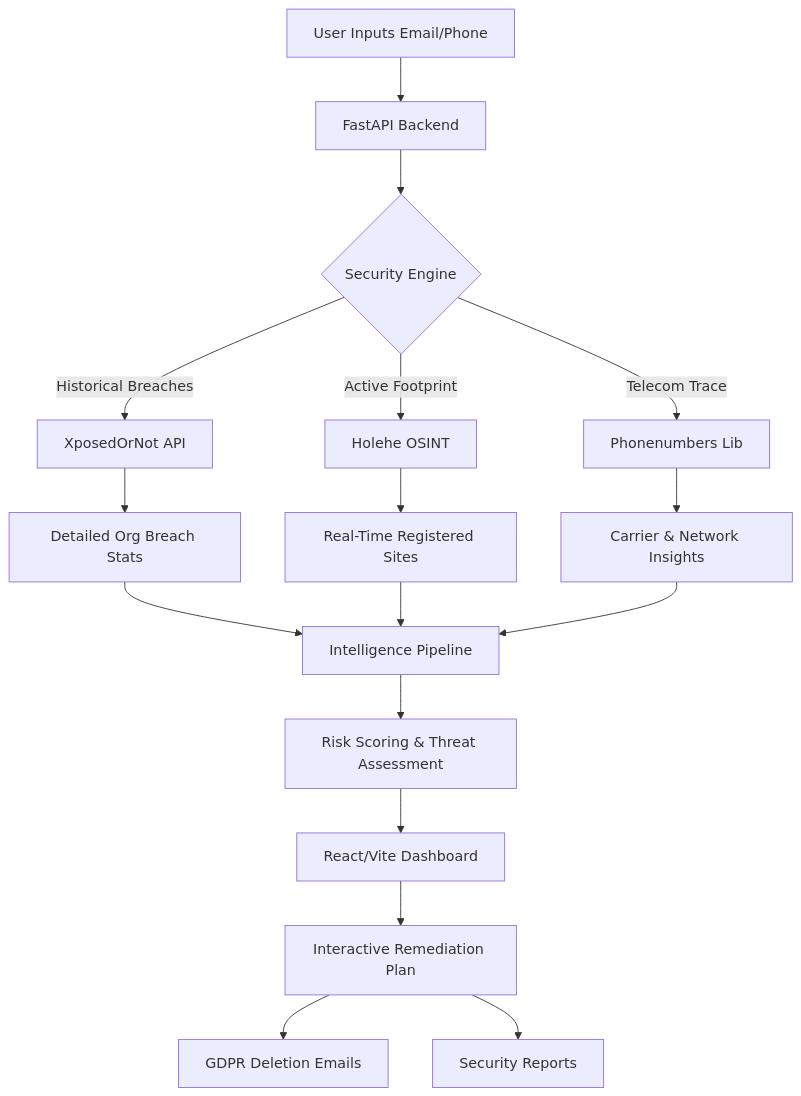
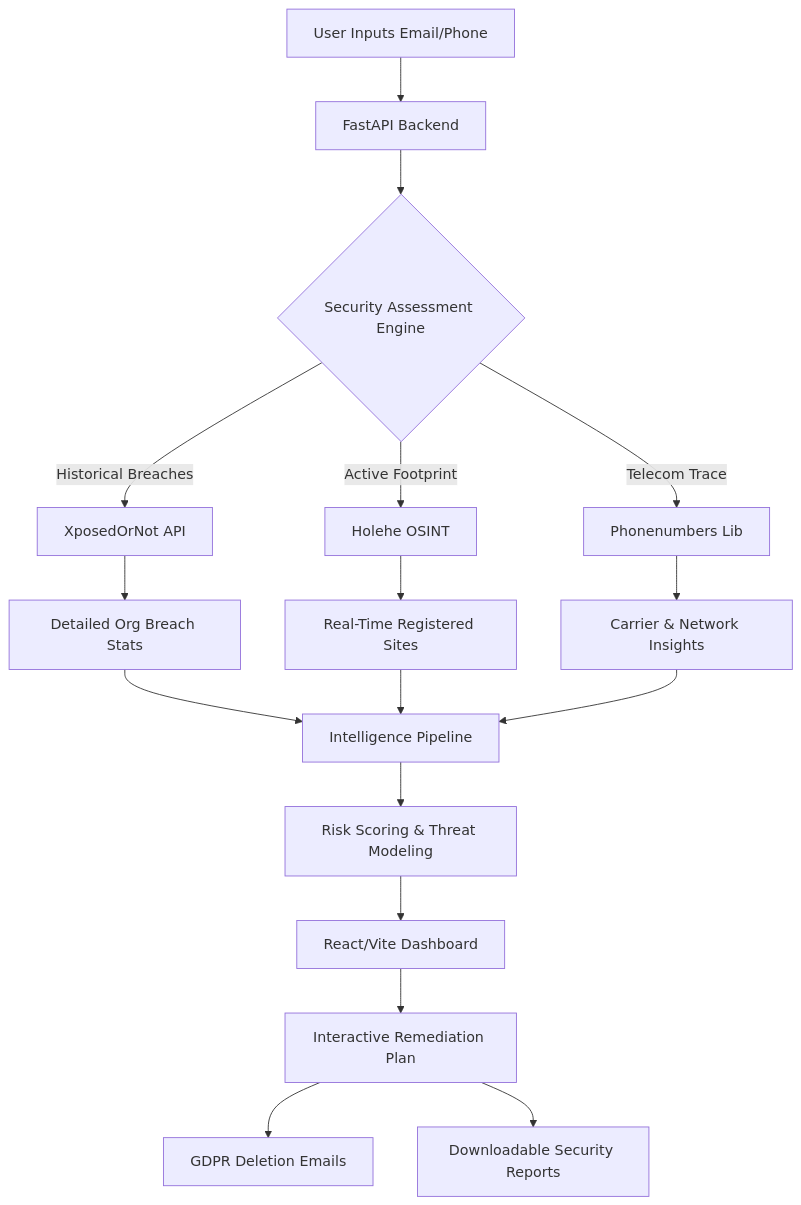
Before and after one commit to Harishkumar-47/DATAFENCE: the diagram in README.md, drawn with Mermaid. The commit also changed other lines of this file, not shown here.

Commit message:
docs: restructure README to focus on project, tools, flow, and usage

````diff
--- a/README.md
+++ b/README.md
@@ -37,22 +37,22 @@
 ```mermaid
 graph TD
     A[User Inputs Email/Phone] --> B[FastAPI Backend]
-    B --> C{Security Engine}
+    B --> C{Security Assessment Engine}
     
     C -->|Historical Breaches| D[XposedOrNot API]
     D --> E[Detailed Org Breach Stats]
     
     C -->|Active Footprint| F[Holehe OSINT]
     F --> G[Real-Time Registered Sites]
     
     C -->|Telecom Trace| H[Phonenumbers Lib]
     H --> I[Carrier & Network Insights]
     
     E & G & I --> J[Intelligence Pipeline]
-    J --> K[Risk Scoring & Threat Assessment]
+    J --> K[Risk Scoring & Threat Modeling]
     
     K --> L[React/Vite Dashboard]
     L --> M[Interactive Remediation Plan]
     M --> N[GDPR Deletion Emails]
-    M --> O[Security Reports]
+    M --> O[Downloadable Security Reports]
 ```
````
